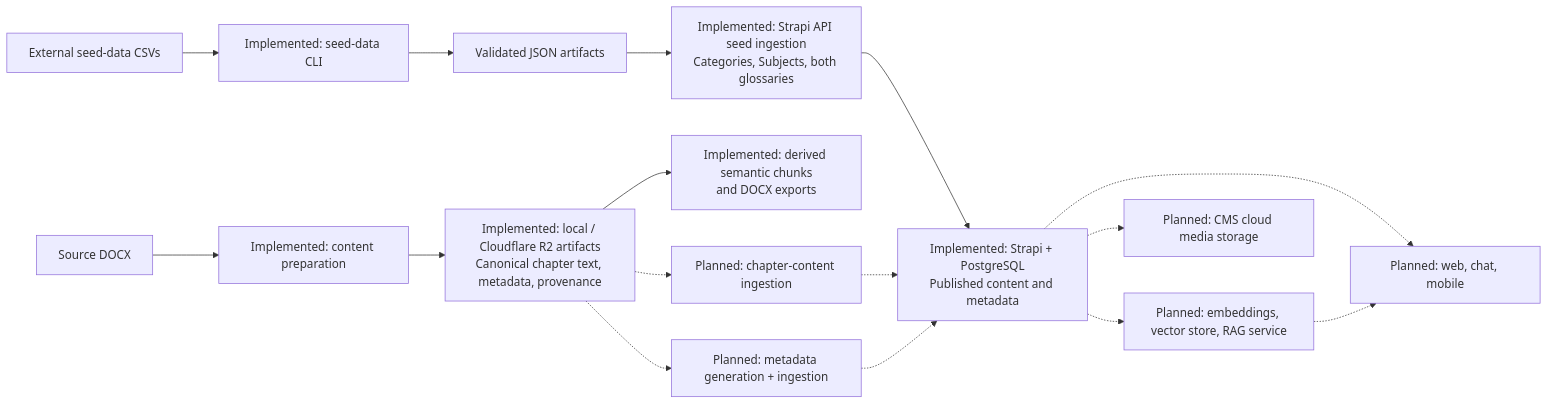
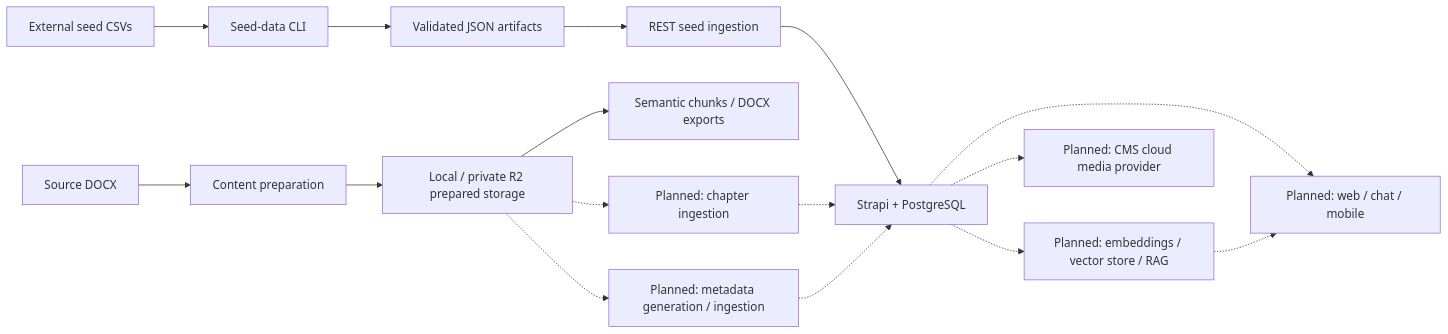
One commit to Team-Gurubodh/gurubodh changed the diagram in docs/architecture.md. Above: the diagram before and after it, drawn with Mermaid. The commit also changed other lines of this file and 33 other files, not shown here.

Commit message:
docs: minimize architecture and decision records (#387)

````diff
--- a/docs/architecture.md
+++ b/docs/architecture.md
@@ -44,18 +35,18 @@
 ```mermaid
 flowchart LR
-    CSV["External seed-data CSVs"] --> SEED["Implemented: seed-data CLI"]
+    CSV["External seed CSVs"] --> SEED["Seed-data CLI"]
     SEED --> JSON["Validated JSON artifacts"]
-    JSON --> API["Implemented: Strapi API seed ingestion<br/>Categories, Subjects, both glossaries"]
-    API --> CMS["Implemented: Strapi + PostgreSQL<br/>Published content and metadata"]
-    DOCX["Source DOCX"] --> PREP["Implemented: content preparation"]
-    PREP --> STORE["Implemented: local / Cloudflare R2 artifacts<br/>Canonical chapter text, metadata, provenance"]
-    STORE --> DERIVED["Implemented: derived semantic chunks<br/>and DOCX exports"]
-    STORE -.-> ING["Planned: chapter-content ingestion"]
+    JSON --> API["REST seed ingestion"]
+    API --> CMS["Strapi + PostgreSQL"]
+    DOCX["Source DOCX"] --> PREP["Content preparation"]
+    PREP --> STORE["Local / private R2 prepared storage"]
+    STORE --> DERIVED["Semantic chunks / DOCX exports"]
+    STORE -.-> ING["Planned: chapter ingestion"]
     ING -.-> CMS
-    STORE -.-> META["Planned: metadata generation + ingestion"]
+    STORE -.-> META["Planned: metadata generation / ingestion"]
     META -.-> CMS
-    CMS -.-> CLIENT["Planned: web, chat, mobile"]
-    CMS -.-> RAG["Planned: embeddings, vector store, RAG service"]
+    CMS -.-> CLIENT["Planned: web / chat / mobile"]
+    CMS -.-> RAG["Planned: embeddings / vector store / RAG"]
     RAG -.-> CLIENT
-    CMS -.-> MEDIA["Planned: CMS cloud media storage"]
+    CMS -.-> MEDIA["Planned: CMS cloud media provider"]
 ```
````
